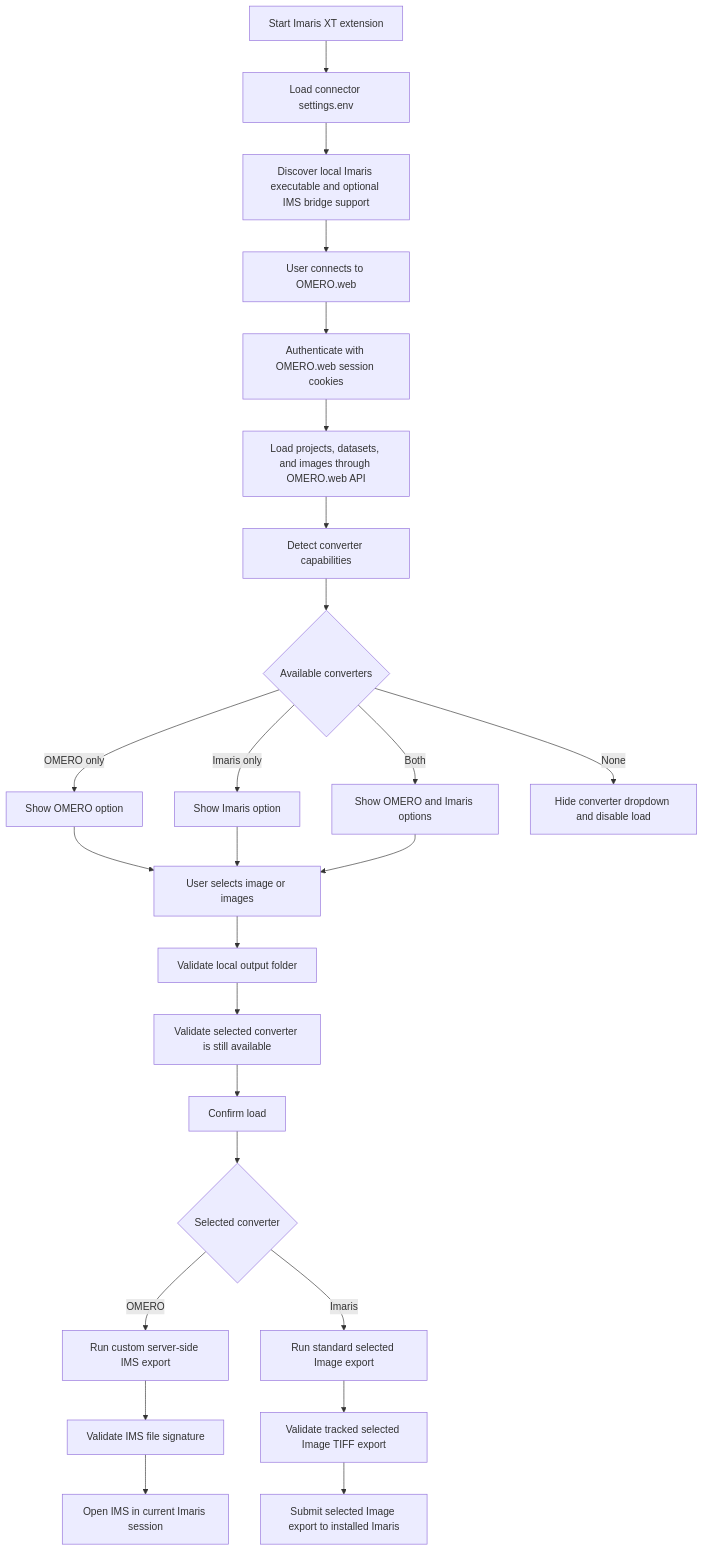
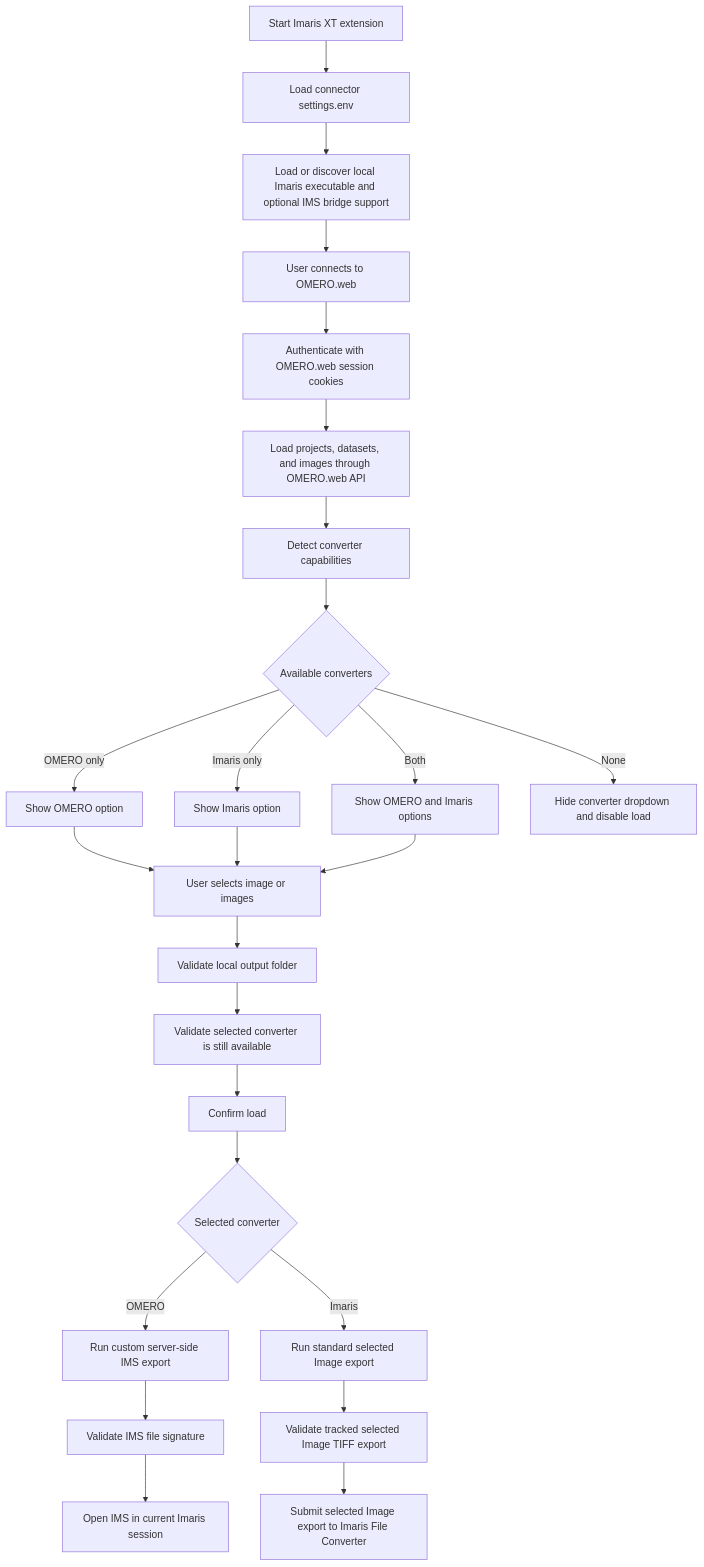
One commit to ZMB-UZH/omero-docker-extended changed the first of 7 diagrams in docs/plugins/imaris-connector-workflow.md. Above: the diagram before and after it, drawn with Mermaid. The commit also changed other lines of this file and 4 other files, not shown here.

Commit message:
Use Imaris File Converter for selected exports

````diff
--- a/docs/plugins/imaris-connector-workflow.md
+++ b/docs/plugins/imaris-connector-workflow.md
@@ -25,27 +25,27 @@
 ```mermaid
 flowchart TD
     A[Start Imaris XT extension] --> B[Load connector settings.env]
-    B --> C[Discover local Imaris executable and optional IMS bridge support]
+    B --> C[Load or discover local Imaris executable and optional IMS bridge support]
     C --> D[User connects to OMERO.web]
     D --> E[Authenticate with OMERO.web session cookies]
     E --> F[Load projects, datasets, and images through OMERO.web API]
     F --> G[Detect converter capabilities]
     G --> H{Available converters}
     H -->|OMERO only| I[Show OMERO option]
     H -->|Imaris only| J[Show Imaris option]
     H -->|Both| K[Show OMERO and Imaris options]
     H -->|None| L[Hide converter dropdown and disable load]
     I --> M[User selects image or images]
     J --> M
     K --> M
     M --> N[Validate local output folder]
     N --> O[Validate selected converter is still available]
     O --> P[Confirm load]
     P --> Q{Selected converter}
     Q -->|OMERO| R[Run custom server-side IMS export]
     Q -->|Imaris| S[Run standard selected Image export]
     R --> T[Validate IMS file signature]
     S --> U[Validate tracked selected Image TIFF export]
     T --> V[Open IMS in current Imaris session]
-    U --> W[Submit selected Image export to installed Imaris]
+    U --> W[Submit selected Image export to Imaris File Converter]
 ```
````
